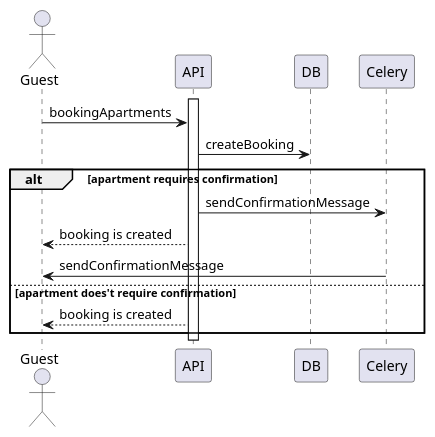
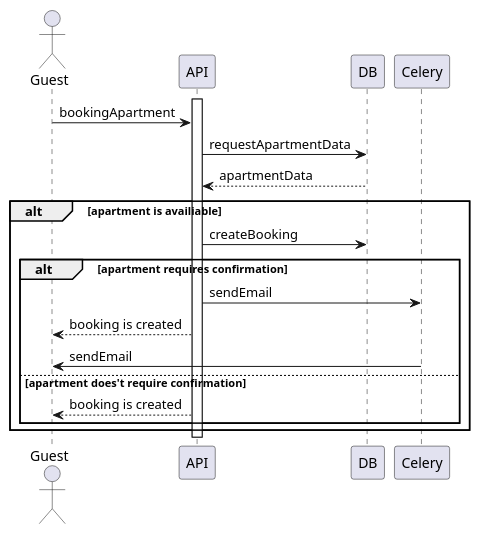
Before and after one commit to opvlad/kpi-mavpz: the diagram in lab3/sequence-2.md, drawn with PlantUML.

Commit message:
fix: sequence-2 api request apartment data

````diff
--- a/lab3/sequence-2.md
+++ b/lab3/sequence-2.md
@@ -2,21 +2,27 @@
 ```plantuml
 @startuml
 
 actor Guest as guest
 activate API
 
 
-guest -> API : bookingApartments
+guest -> API : bookingApartment
+API -> DB : requestApartmentData
+DB --> API : apartmentData
+
+alt apartment is availiable
 API -> DB : createBooking
 
 alt apartment requires confirmation
-API -> Celery : sendConfirmationMessage
+API -> Celery : sendEmail
 API --> guest : booking is created
-Celery -> guest : sendConfirmationMessage
+Celery -> guest : sendEmail
 else apartment does't require confirmation
 API --> guest : booking is created
+end
+end
 
-end
+
 deactivate API
 @enduml
 ```
````
